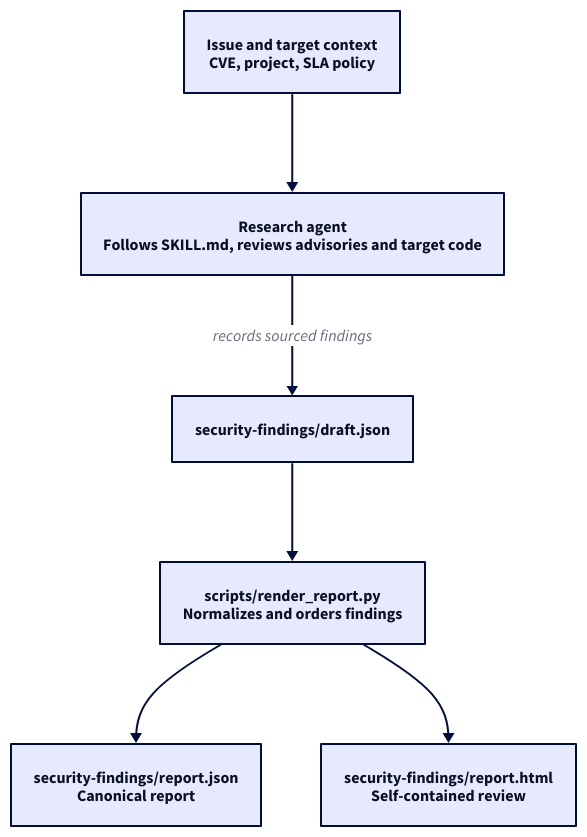
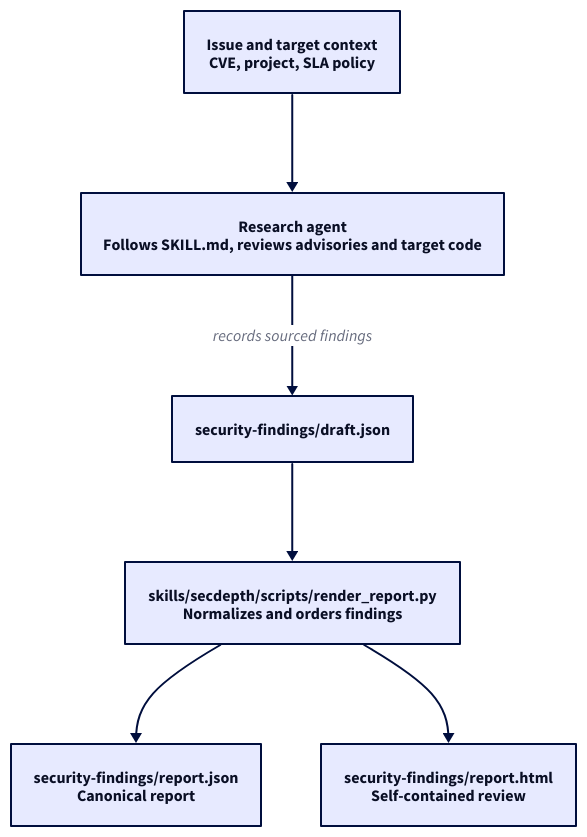
Before and after one commit to kobaltoxid/secdepth: the diagram in docs/diagrams/secdepth-flow.d2, drawn with D2. The commit also changed 11 other files, not shown here.

```diff
--- a/docs/diagrams/secdepth-flow.d2
+++ b/docs/diagrams/secdepth-flow.d2
@@ -1,22 +1,22 @@
 direction: down
 
 vars: {
   d2-config: {
     theme-id: 3
     dark-theme-id: 200
   }
 }
 
 issue: "Issue and target context\nCVE, project, SLA policy"
 agent: "Research agent\nFollows SKILL.md, reviews advisories and target code"
 draft: "security-findings/draft.json"
-renderer: "scripts/render_report.py\nNormalizes and orders findings"
+renderer: "skills/secdepth/scripts/render_report.py\nNormalizes and orders findings"
 
 report_json: "security-findings/report.json\nCanonical report"
 report_html: "security-findings/report.html\nSelf-contained review"
 
 issue -> agent
 agent -> draft: records sourced findings
 draft -> renderer
 renderer -> report_json
 renderer -> report_html
```
